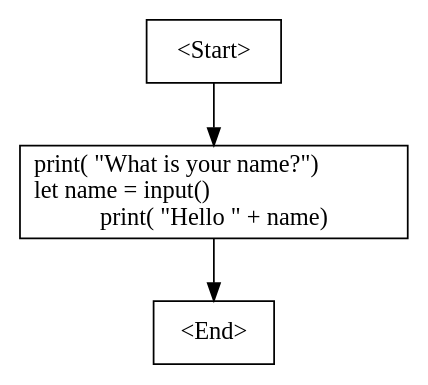
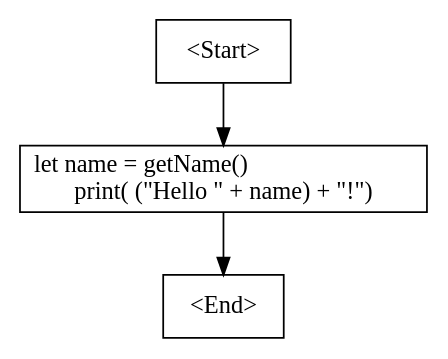
Before and after one commit to Aylin-ai/CompilerCSharp: the diagram in CompilerCSharp/bin/Debug/net8.0/cfg.dot, drawn with Graphviz. The commit also changed 41 other files, not shown here.

```diff
--- a/CompilerCSharp/bin/Debug/net8.0/cfg.dot
+++ b/CompilerCSharp/bin/Debug/net8.0/cfg.dot
@@ -1,7 +1,7 @@
 digraph G {
     N0 [label = "<Start>", shape = box]
-    N1 [label = "print( \"What is your name?\")\llet name = input()\lprint( \"Hello \" + name)", shape = box]
+    N1 [label = "let name = getName()\lprint( (\"Hello \" + name) + \"!\")", shape = box]
     N2 [label = "<End>", shape = box]
     N0 -> N1 [label = ""]
     N1 -> N2 [label = ""]
 }
```
